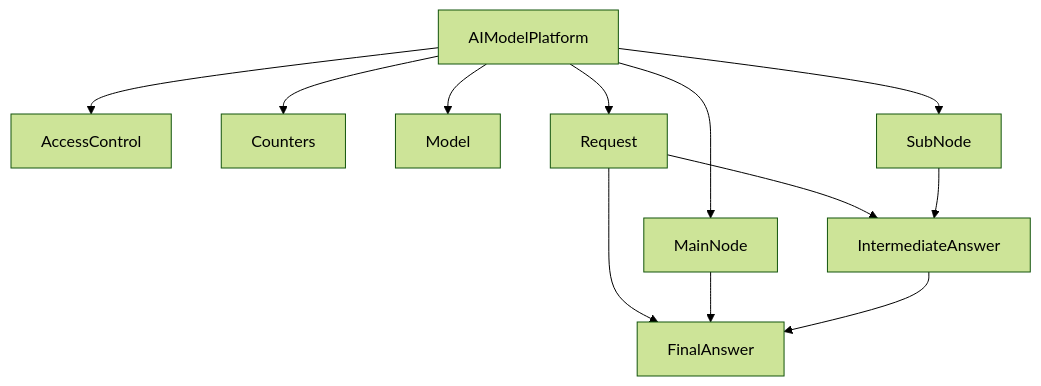
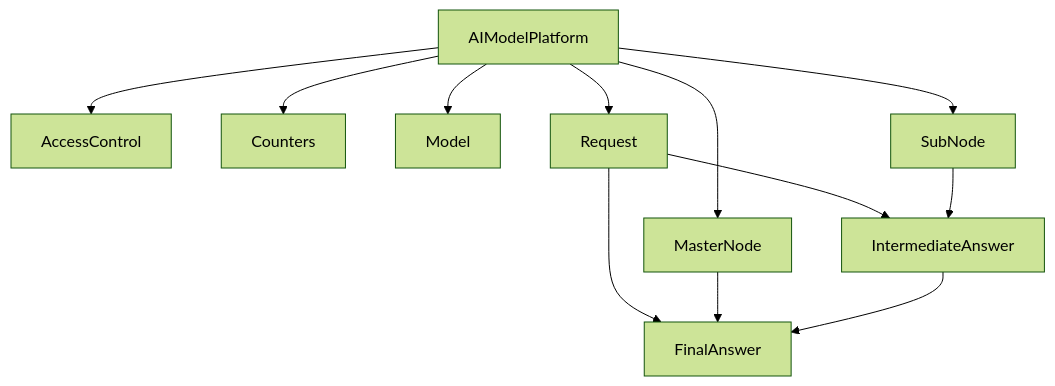
One commit to declipseai/BeWater_Hackathon changed the first of 2 diagrams in doc/contracts/AIModelPlatform.md. Above: the diagram before and after it, drawn with Mermaid (forest theme).

````diff
--- a/doc/contracts/AIModelPlatform.md
+++ b/doc/contracts/AIModelPlatform.md
@@ -10,14 +10,14 @@
 ```mermaid
 graph TD
     AIModelPlatform --> AccessControl
     AIModelPlatform --> Counters
     AIModelPlatform --> Model
     AIModelPlatform --> SubNode
-    AIModelPlatform --> MainNode
+    AIModelPlatform --> MasterNode
     AIModelPlatform --> Request
     Request --> IntermediateAnswer
     SubNode --> IntermediateAnswer
     Request --> FinalAnswer
-    MainNode --> FinalAnswer
+    MasterNode --> FinalAnswer
     IntermediateAnswer --> FinalAnswer
 ```
````
